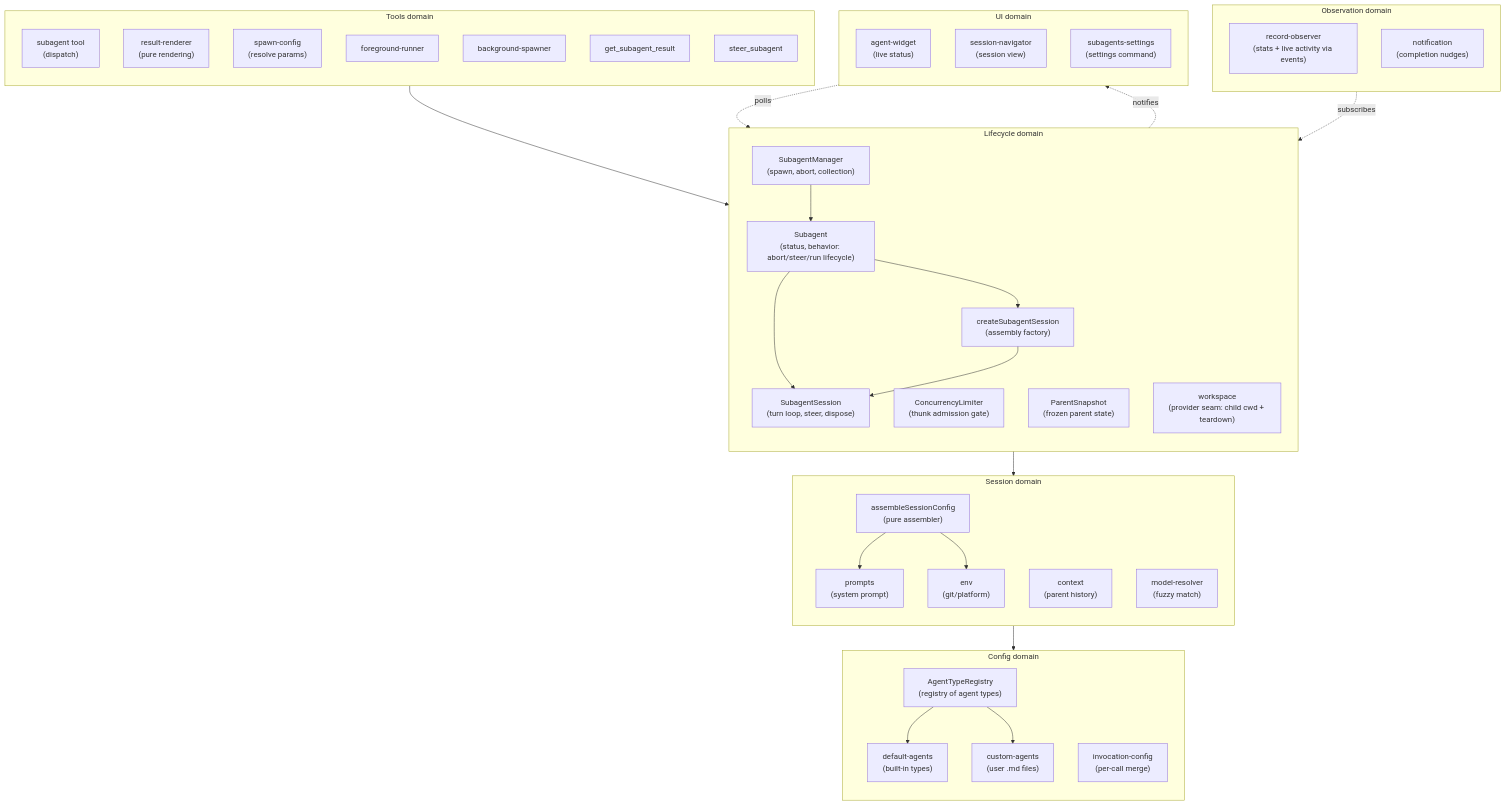
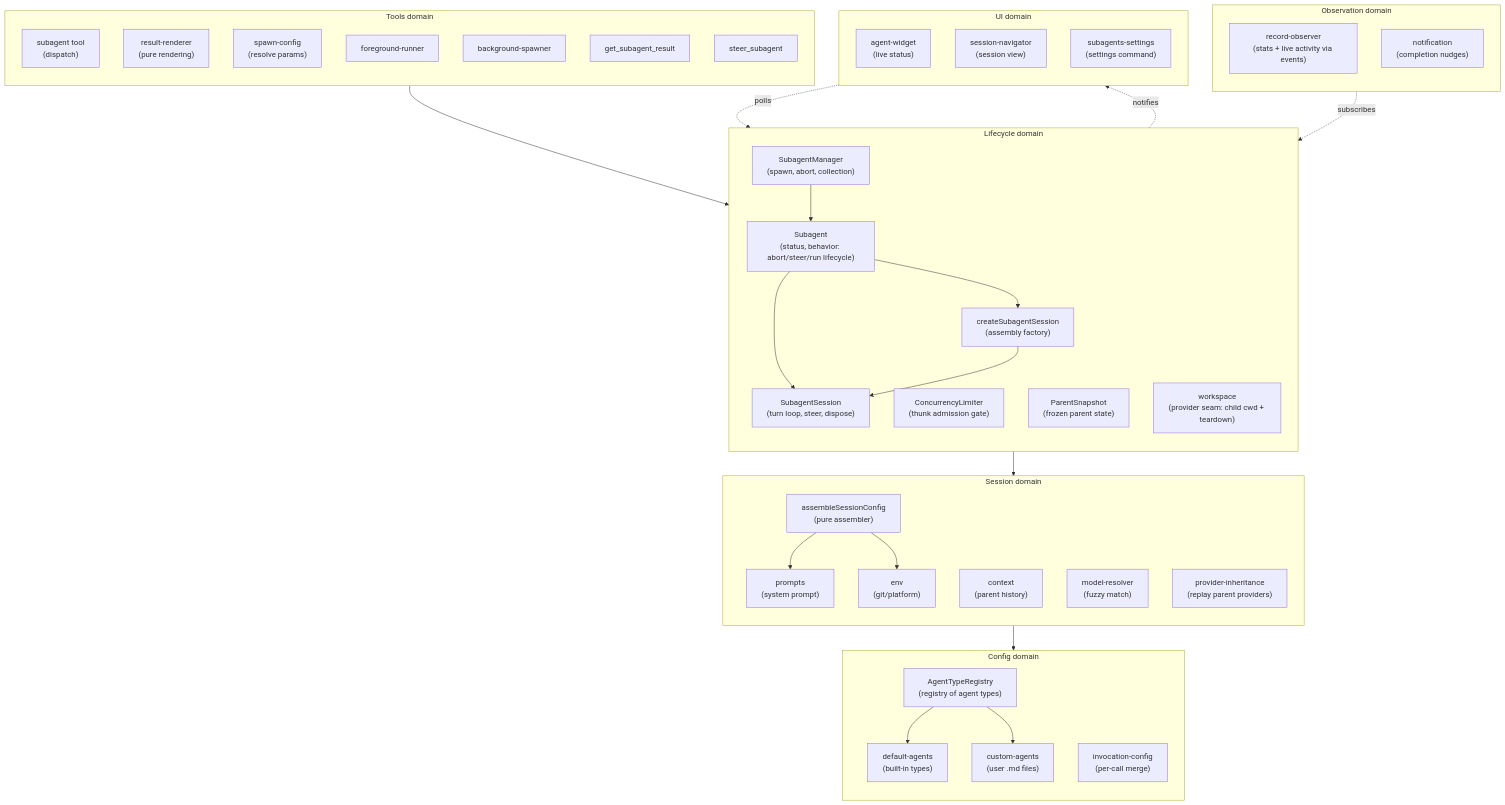
The first of 5 diagrams in packages/pi-subagents/docs/architecture/architecture.md (gotgenes/pi-packages), drawn with Mermaid before and after one commit. The commit also changed other lines of this file and 2 other files, not shown here.

First line of the commit message:
docs(pi-subagents): document provider inheritance in child sessions

````diff
--- a/packages/pi-subagents/docs/architecture/architecture.md
+++ b/packages/pi-subagents/docs/architecture/architecture.md
@@ -66,66 +66,67 @@
 ```mermaid
 flowchart TB
     subgraph config["Config domain"]
         direction TB
         AgentTypeRegistry["AgentTypeRegistry<br/>(registry of agent types)"]
         DefaultAgents["default-agents<br/>(built-in types)"]
         CustomAgents["custom-agents<br/>(user .md files)"]
         InvocationConfig["invocation-config<br/>(per-call merge)"]
     end
 
     subgraph session["Session domain"]
         direction TB
         SessionConfig["assembleSessionConfig<br/>(pure assembler)"]
         Prompts["prompts<br/>(system prompt)"]
         Context["context<br/>(parent history)"]
         Env["env<br/>(git/platform)"]
         ModelResolver["model-resolver<br/>(fuzzy match)"]
+        ProviderInheritance["provider-inheritance<br/>(replay parent providers)"]
     end
 
     subgraph lifecycle["Lifecycle domain"]
         direction TB
         SubagentManager["SubagentManager<br/>(spawn, abort, collection)"]
         ConcurrencyLimiter["ConcurrencyLimiter<br/>(thunk admission gate)"]
         CreateSubagentSession["createSubagentSession<br/>(assembly factory)"]
         SubagentSession["SubagentSession<br/>(turn loop, steer, dispose)"]
         Subagent["Subagent<br/>(status, behavior: abort/steer/run lifecycle)"]
         ParentSnapshot["ParentSnapshot<br/>(frozen parent state)"]
         Workspace["workspace<br/>(provider seam: child cwd + teardown)"]
     end
 
     subgraph observation["Observation domain"]
         direction TB
         RecordObserver["record-observer<br/>(stats + live activity via events)"]
         Notification["notification<br/>(completion nudges)"]
     end
 
     subgraph tools["Tools domain"]
         direction TB
         AgentTool["subagent tool<br/>(dispatch)"]
         ResultRenderer["result-renderer<br/>(pure rendering)"]
         SpawnConfig["spawn-config<br/>(resolve params)"]
         FgRunner["foreground-runner"]
         BgSpawner["background-spawner"]
         GetResult["get_subagent_result"]
         Steer["steer_subagent"]
     end
 
     subgraph ui["UI domain"]
         direction TB
         Widget["agent-widget<br/>(live status)"]
         Sessions["session-navigator<br/>(session view)"]
         Settings["subagents-settings<br/>(settings command)"]
     end
 
     AgentTool --> SubagentManager
     SubagentManager --> Subagent
     Subagent --> CreateSubagentSession & SubagentSession
     CreateSubagentSession --> SubagentSession
     CreateSubagentSession --> SessionConfig
     SessionConfig --> AgentTypeRegistry
     SessionConfig --> Prompts & Env
     AgentTypeRegistry --> DefaultAgents & CustomAgents
     RecordObserver -.->|subscribes| SubagentSession
     Widget -.->|polls| SubagentManager
     SubagentManager -.->|notifies| Widget
 ```
````
